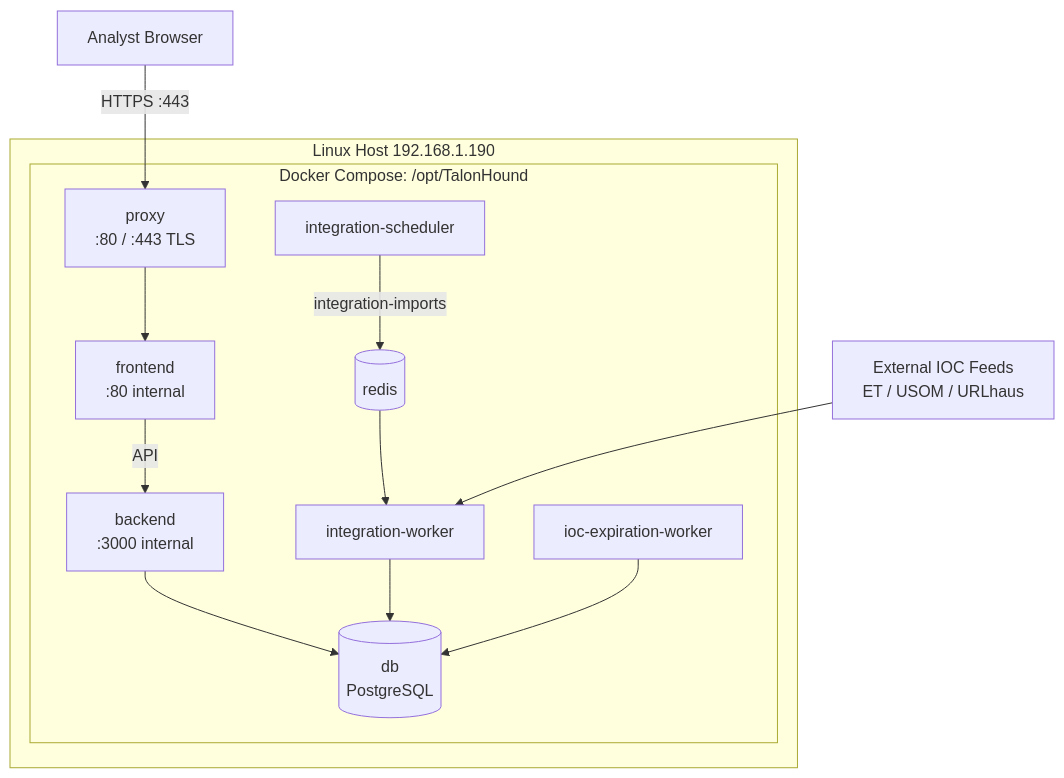
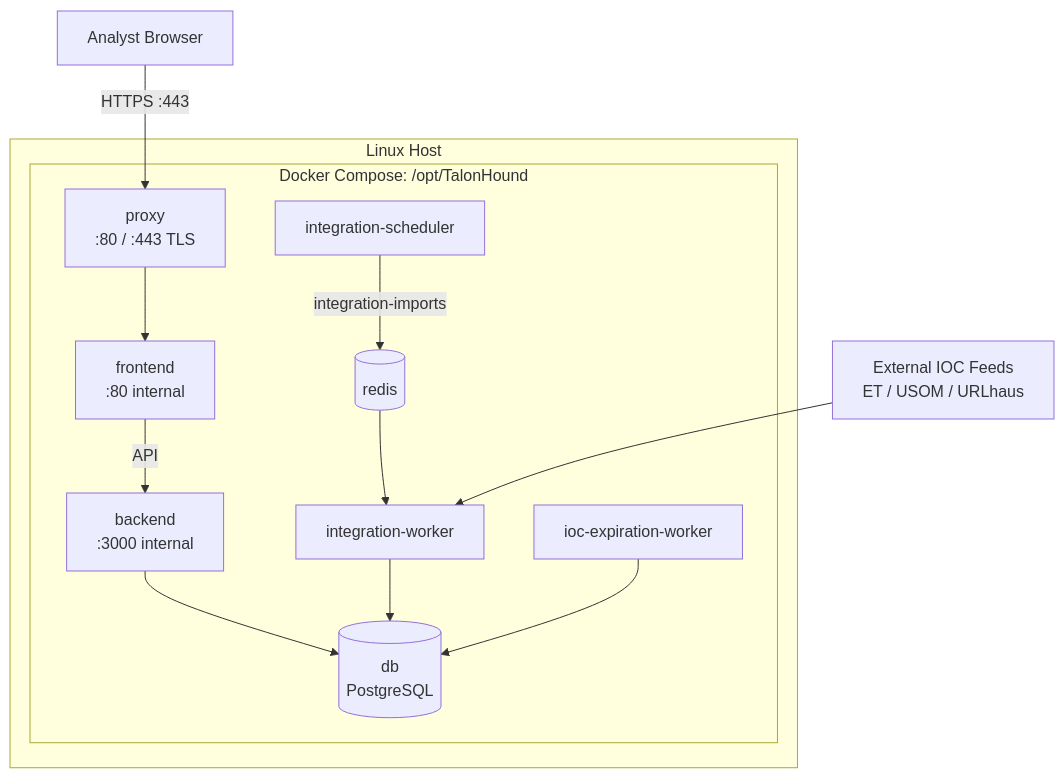
One commit to spatronn/TalonHound changed the second of 2 diagrams in docs/system-diagram.md. Above: the diagram before and after it, drawn with Mermaid. The commit also changed 36 other files, not shown here.

````diff
--- a/docs/system-diagram.md
+++ b/docs/system-diagram.md
@@ -29,29 +29,29 @@
 ```mermaid
 flowchart TB
     IOC[External IOC Feeds\nET / USOM / URLhaus]
 
-    subgraph HOST[Linux Host 192.168.1.190]
+    subgraph HOST[Linux Host]
       subgraph COMPOSE[Docker Compose: /opt/TalonHound]
         RP[proxy\n:80 / :443 TLS]
         FE[frontend\n:80 internal]
         BE[backend\n:3000 internal]
         R[(redis)]
         DB[(db\nPostgreSQL)]
         IS[integration-scheduler]
         IW[integration-worker]
         EXP[ioc-expiration-worker]
       end
     end
 
     USER[Analyst Browser] -->|HTTPS :443| RP
     RP --> FE
     FE -->|API| BE
     BE --> DB
 
     IS -->|integration-imports| R
     R --> IW
     IOC --> IW
     IW --> DB
 
     EXP --> DB
 ```
````
